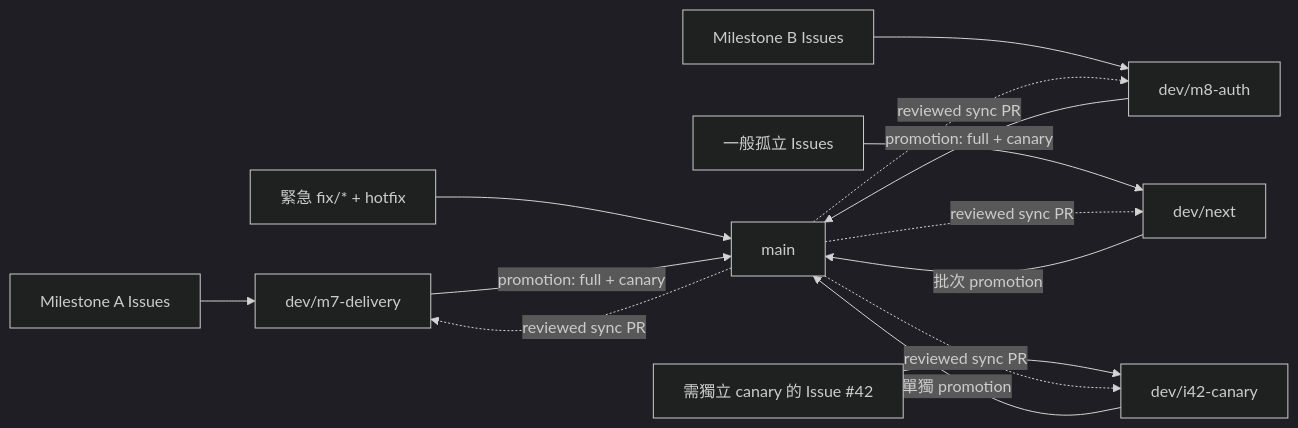
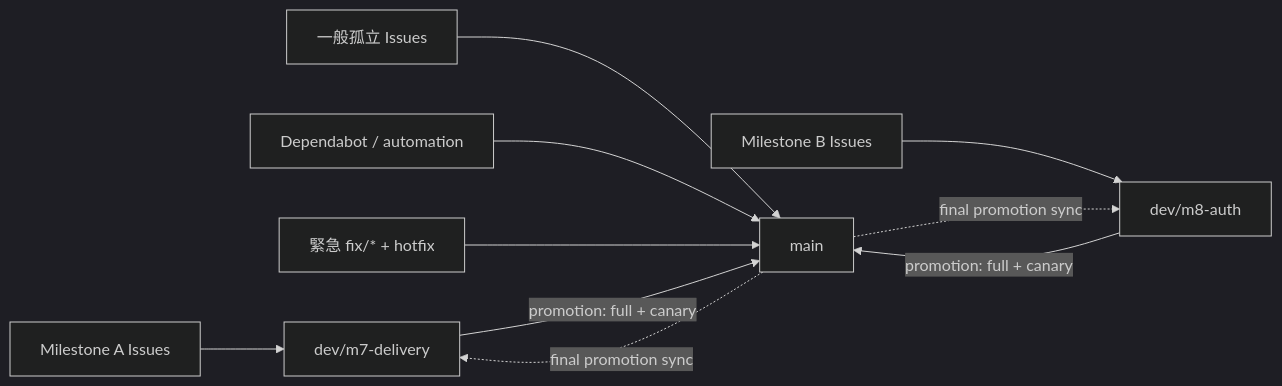
One commit to Innoguard-Cyber-Arch/csarc-repo-template changed the diagram in README.md. Above: the diagram before and after it, drawn with Mermaid (dark theme). The commit also changed other lines of this file and 66 other files, not shown here.

````diff
--- a/README.md
+++ b/README.md
@@ -69,16 +69,12 @@
 ```mermaid
 flowchart LR
   A1["Milestone A Issues"] --> MA["dev/m7-delivery"]
   B1["Milestone B Issues"] --> MB["dev/m8-auth"]
-  S["一般孤立 Issues"] --> N["dev/next"]
-  I["需獨立 canary 的 Issue #42"] --> DI["dev/i42-canary"]
+  S["一般孤立 Issues"] --> MAIN
+  B["Dependabot / automation"] --> MAIN
   H["緊急 fix/* + hotfix"] --> MAIN["main"]
   MA -->|promotion: full + canary| MAIN
   MB -->|promotion: full + canary| MAIN
-  N -->|批次 promotion| MAIN
-  DI -->|單獨 promotion| MAIN
-  MAIN -. "reviewed sync PR" .-> MA
-  MAIN -. "reviewed sync PR" .-> MB
-  MAIN -. "reviewed sync PR" .-> N
-  MAIN -. "reviewed sync PR" .-> DI
+  MAIN -. "final promotion sync" .-> MA
+  MAIN -. "final promotion sync" .-> MB
 ```
````
